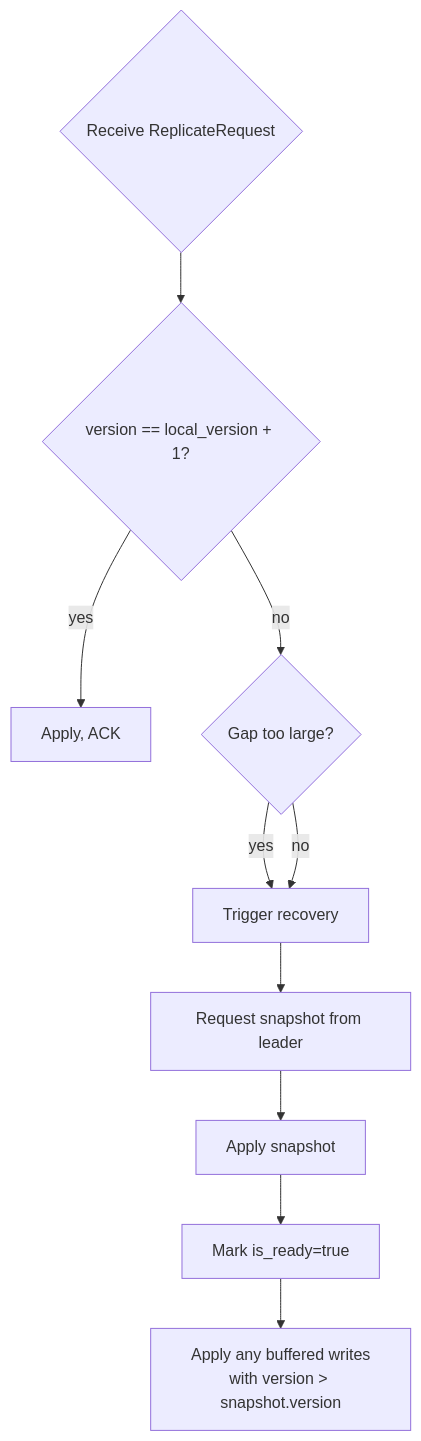
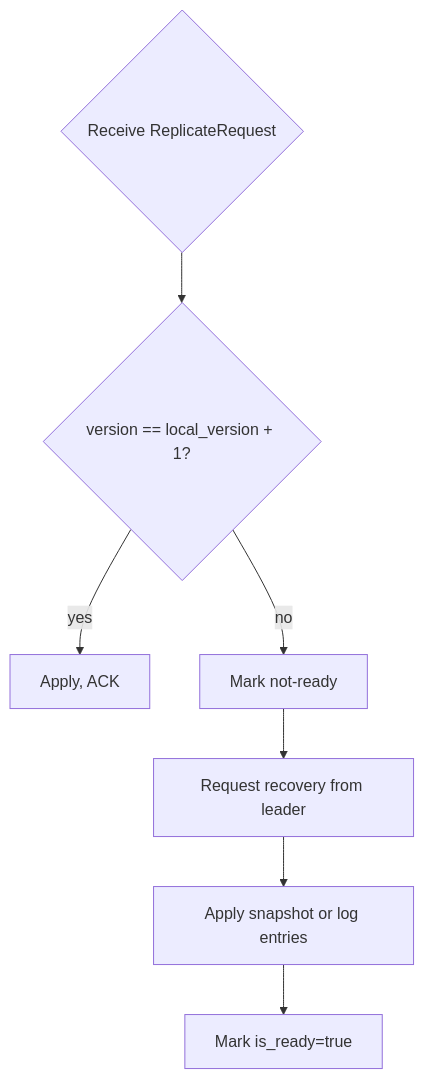
The seventh of 9 diagrams in docs/replication.md (davecarr1024/doki), drawn with Mermaid before and after one commit. The commit also changed other lines of this file and 15 other files, not shown here.

````diff
--- a/docs/replication.md
+++ b/docs/replication.md
@@ -212,12 +211,9 @@
 ```mermaid
 flowchart TD
     A{Receive ReplicateRequest} --> B{version == local_version + 1?}
     B -- yes --> C[Apply, ACK]
-    B -- no --> D{Gap too large?}
-    D -- yes --> E[Trigger recovery]
-    D -- no --> E
-    E --> F[Request snapshot from leader]
-    F --> G[Apply snapshot]
-    G --> H[Mark is_ready=true]
-    H --> I[Apply any buffered writes\nwith version > snapshot.version]
+    B -- no --> D[Mark not-ready]
+    D --> E[Request recovery from leader]
+    E --> F[Apply snapshot or log entries]
+    F --> G[Mark is_ready=true]
 ```
````
